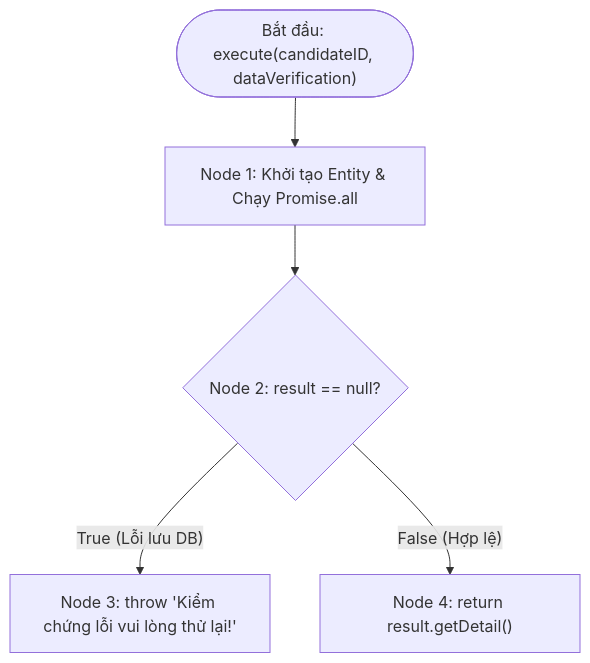
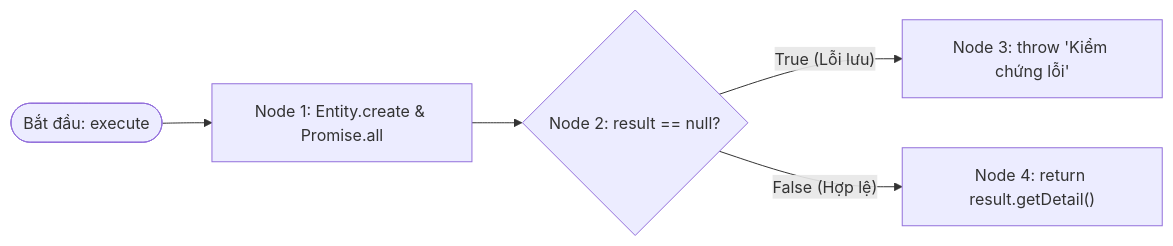
Before and after one commit to pvduy23052005/cse462-testing: the second of 2 diagrams in hop-trang/KiemThuHopTrang_UC08_VerifyCandidate.md, drawn with Mermaid. The commit also changed other lines of this file and 6 other files, not shown here.

````diff
--- a/hop-trang/KiemThuHopTrang_UC08_VerifyCandidate.md
+++ b/hop-trang/KiemThuHopTrang_UC08_VerifyCandidate.md
@@ -78,9 +78,9 @@
 ```mermaid
-flowchart TD
-    Start(["Bắt đầu: execute(candidateID, dataVerification)"]) --> N1["Node 1: Khởi tạo Entity & Chạy Promise.all"]
+flowchart LR
+    Start(["Bắt đầu: execute"]) --> N1["Node 1: Entity.create & Promise.all"]
 
     N1 --> N2{"Node 2: result == null?"}
 
-    N2 -- "True (Lỗi lưu DB)" --> N3["Node 3: throw 'Kiểm chứng lỗi vui lòng thử lại!'"]
+    N2 -- "True (Lỗi lưu)" --> N3["Node 3: throw 'Kiểm chứng lỗi'"]
     N2 -- "False (Hợp lệ)" --> N4["Node 4: return result.getDetail()"]
 ```
````
